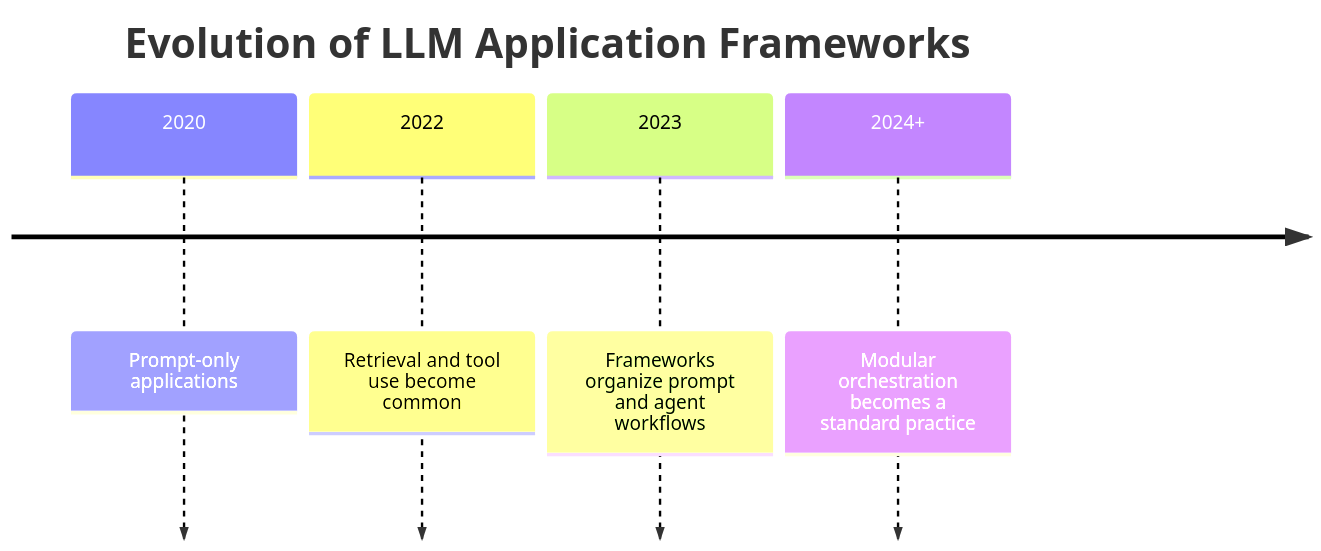
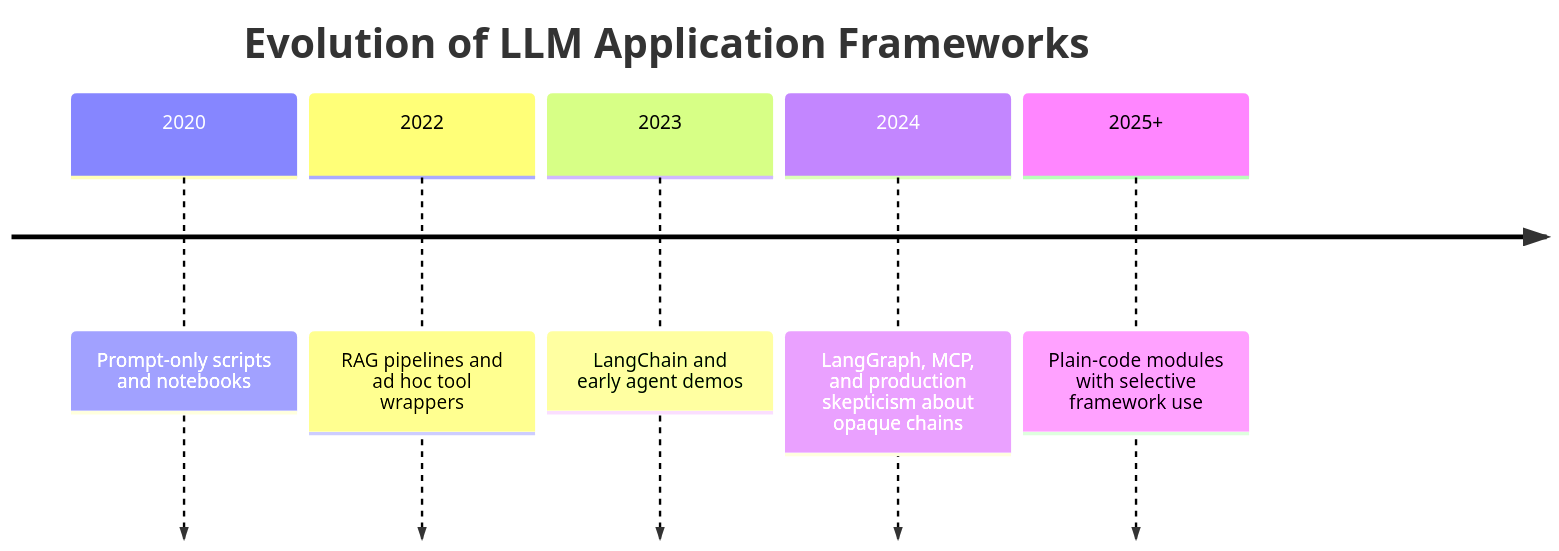
The third of 11 diagrams in day_26/day_26_langchain.md (Asabeneh/30-Days-Of-AI-Engineering), drawn with Mermaid before and after one commit. The commit also changed other lines of this file and 49 other files, not shown here.

````diff
--- a/day_26/day_26_langchain.md
+++ b/day_26/day_26_langchain.md
@@ -91,8 +147,9 @@
 ```mermaid
 timeline
-        title Evolution of LLM Application Frameworks
-        2020 : Prompt-only applications
-        2022 : Retrieval and tool use become common
-        2023 : Frameworks organize prompt and agent workflows
-        2024+ : Modular orchestration becomes a standard practice
+    title Evolution of LLM Application Frameworks
+    2020 : Prompt-only scripts and notebooks
+    2022 : RAG pipelines and ad hoc tool wrappers
+    2023 : LangChain and early agent demos
+    2024 : LangGraph, MCP, and production skepticism about opaque chains
+    2025+ : Plain-code modules with selective framework use
 ```
````
